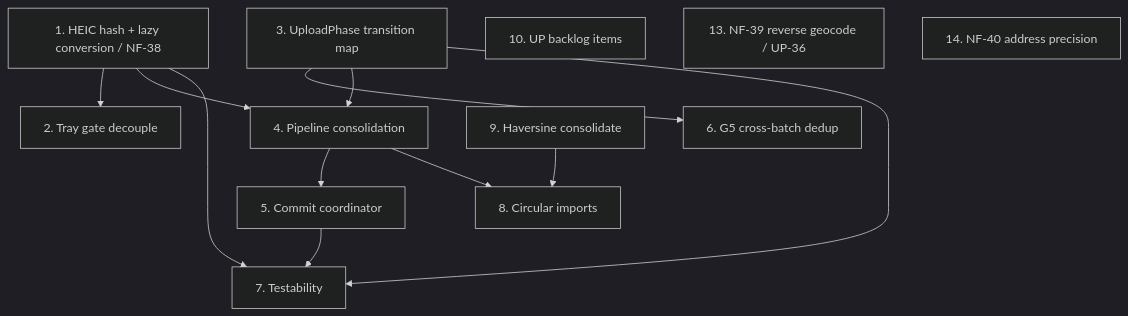
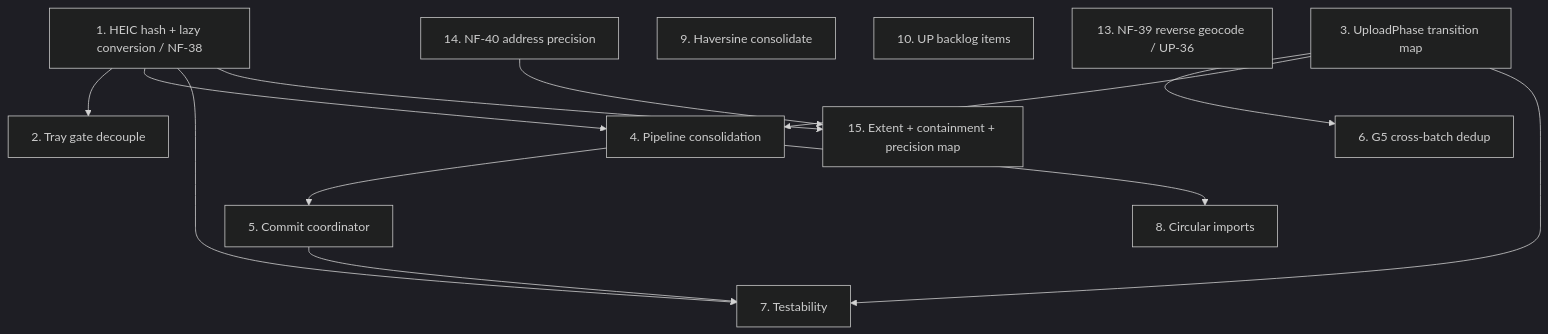
The diagram in docs/audits/upload-flow-review-2026-09-10/06-improvement-plan.md (matkleve/feldpost), drawn with Mermaid (dark theme) before and after one commit. The commit also changed other lines of this file and 11 other files, not shown here.

First line of the commit message:
docs: record PO decisions for area extent, containment, and precision map display

````diff
--- a/docs/audits/upload-flow-review-2026-09-10/06-improvement-plan.md
+++ b/docs/audits/upload-flow-review-2026-09-10/06-improvement-plan.md
@@ -371,26 +398,28 @@
 ```mermaid
 flowchart TD
   HEIC[1. HEIC hash + lazy conversion / NF-38]
   TRAY[2. Tray gate decouple]
   FSM[3. UploadPhase transition map]
   PIPE[4. Pipeline consolidation]
   COMMIT[5. Commit coordinator]
   G5[6. G5 cross-batch dedup]
   TEST[7. Testability]
   CYCLES[8. Circular imports]
   HAV[9. Haversine consolidate]
   BACKLOG[10. UP backlog items]
   NF39[13. NF-39 reverse geocode / UP-36]
   NF40[14. NF-40 address precision]
+  EXTENT[15. Extent + containment + precision map]
 
   HEIC --> TRAY
   HEIC --> PIPE
   FSM --> G5
   FSM --> PIPE
   PIPE --> COMMIT
   PIPE --> CYCLES
   HEIC --> TEST
   FSM --> TEST
   COMMIT --> TEST
-  HAV --> CYCLES
+  NF40 --> EXTENT
+  HEIC --> EXTENT
 ```
````
